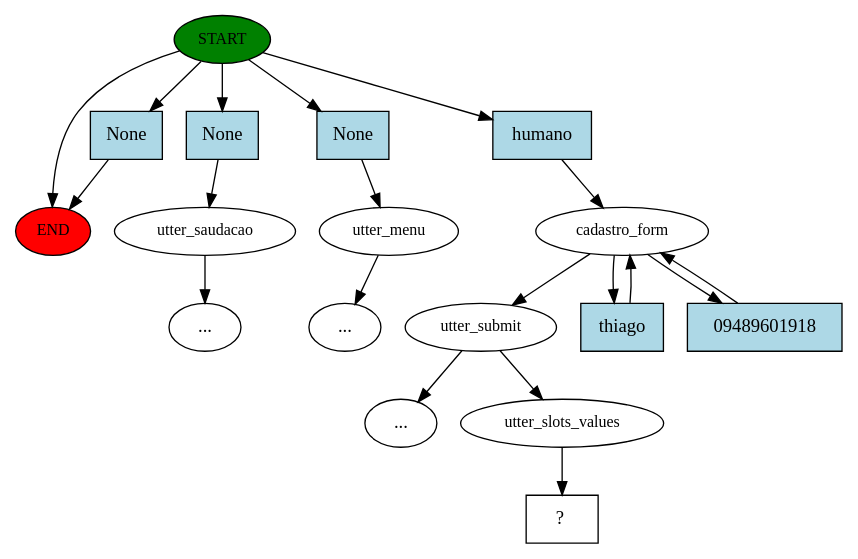
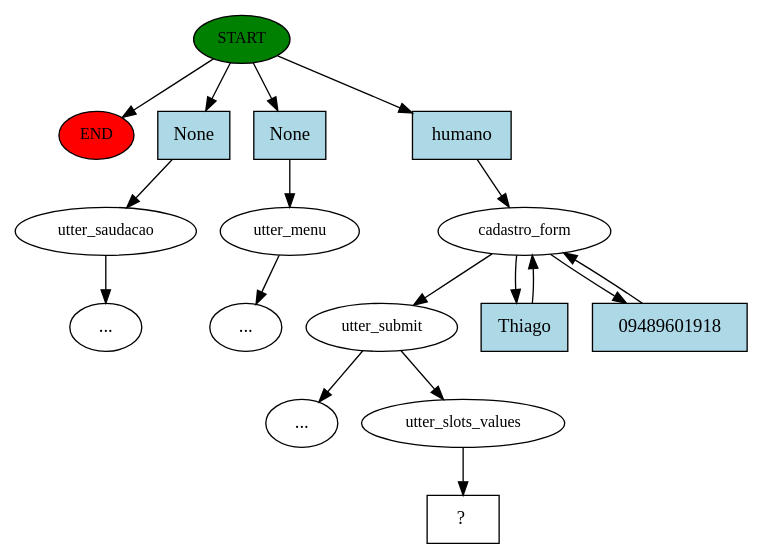
One commit to alrtas/Rasa changed the diagram in story_graph.dot. Above: the diagram before and after it, drawn with Graphviz. The commit also changed 5 other files, not shown here.

```diff
--- a/story_graph.dot
+++ b/story_graph.dot
@@ -1,38 +1,35 @@
 digraph  {
 0 [class="start active", fillcolor=green, fontsize=12, label=START, style=filled];
 "-1" [class=end, fillcolor=red, fontsize=12, label=END, style=filled];
 1 [class="", fontsize=12, label=utter_saudacao];
-2 [class="", fontsize=12, label=utter_menu];
-"-5" [class=ellipsis, label="..."];
-4 [class=active, fontsize=12, label=cadastro_form];
-5 [class=active, fontsize=12, label=utter_submit];
+3 [class="", fontsize=12, label=utter_menu];
 "-6" [class=ellipsis, label="..."];
+5 [class=active, fontsize=12, label=cadastro_form];
+6 [class=active, fontsize=12, label=utter_submit];
+"-7" [class=ellipsis, label="..."];
 "-10" [class=ellipsis, label="..."];
 14 [class=active, fontsize=12, label=utter_slots_values];
 15 [class="intent dashed active", label="  ?  ", shape=rect];
 16 [class=intent, fillcolor=lightblue, label=None, shape=rect, style=filled];
 17 [class=intent, fillcolor=lightblue, label=None, shape=rect, style=filled];
-18 [class=intent, fillcolor=lightblue, label=None, shape=rect, style=filled];
-19 [class="intent active", fillcolor=lightblue, label=humano, shape=rect, style=filled];
-20 [class="intent active", fillcolor=lightblue, label=thiago, shape=rect, style=filled];
-21 [class="intent active", fillcolor=lightblue, label=09489601918, shape=rect, style=filled];
+18 [class="intent active", fillcolor=lightblue, label=humano, shape=rect, style=filled];
+19 [class="intent active", fillcolor=lightblue, label=Thiago, shape=rect, style=filled];
+20 [class="intent active", fillcolor=lightblue, label=09489601918, shape=rect, style=filled];
 0 -> "-1"  [class="", key=NONE, label=""];
 0 -> 16  [class="", key=0];
 0 -> 17  [class="", key=0];
-0 -> 18  [class="", key=0];
-0 -> 19  [class=active, key=0];
+0 -> 18  [class=active, key=0];
 1 -> "-10"  [class="", key=NONE, label=""];
-2 -> "-5"  [class="", key=NONE, label=""];
-4 -> 5  [class=active, key=NONE, label=""];
-4 -> 20  [class=active, key=0];
-4 -> 21  [class=active, key=0];
-5 -> "-6"  [class="", key=NONE, label=""];
-5 -> 14  [class=active, key=NONE, label=""];
+3 -> "-6"  [class="", key=NONE, label=""];
+5 -> 6  [class=active, key=NONE, label=""];
+5 -> 19  [class=active, key=0];
+5 -> 20  [class=active, key=0];
+6 -> "-7"  [class="", key=NONE, label=""];
+6 -> 14  [class=active, key=NONE, label=""];
 14 -> 15  [class=active, key=NONE, label=""];
 16 -> 1  [class="", key=0];
-17 -> 2  [class="", key=0];
-18 -> "-1"  [class="", key=0];
-19 -> 4  [class=active, key=0];
-20 -> 4  [class=active, key=0];
-21 -> 4  [class=active, key=0];
+17 -> 3  [class="", key=0];
+18 -> 5  [class=active, key=0];
+19 -> 5  [class=active, key=0];
+20 -> 5  [class=active, key=0];
 }
```
